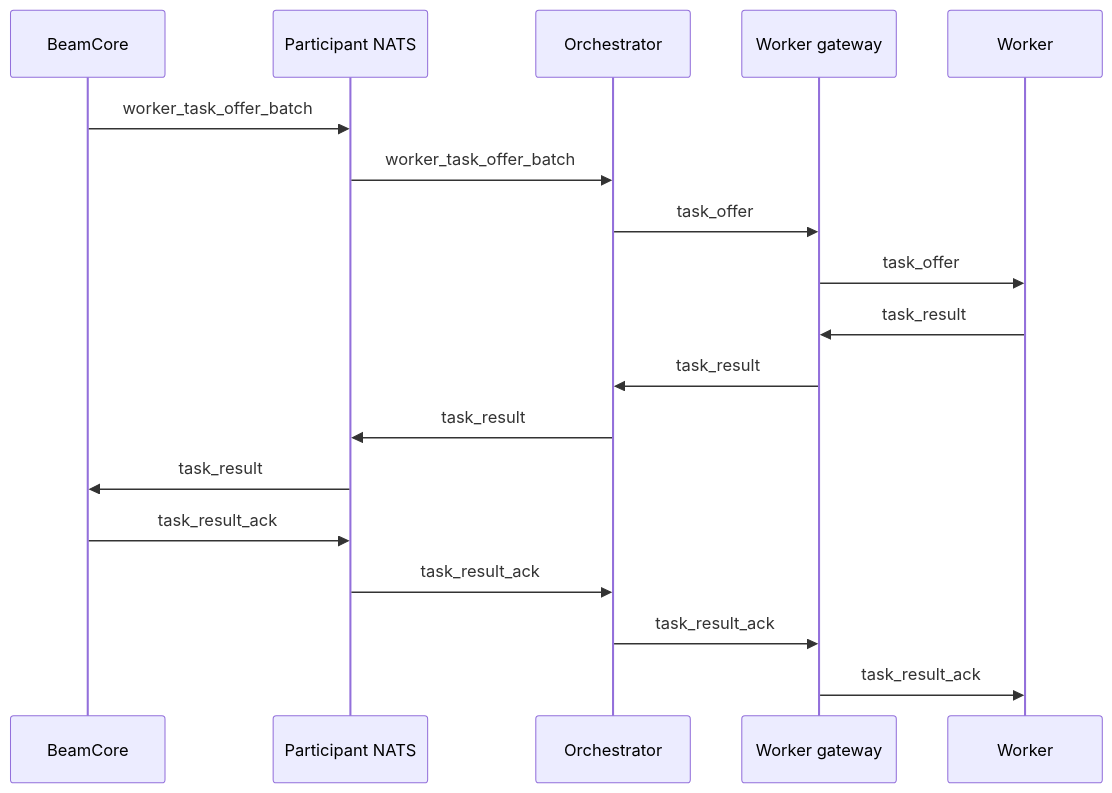
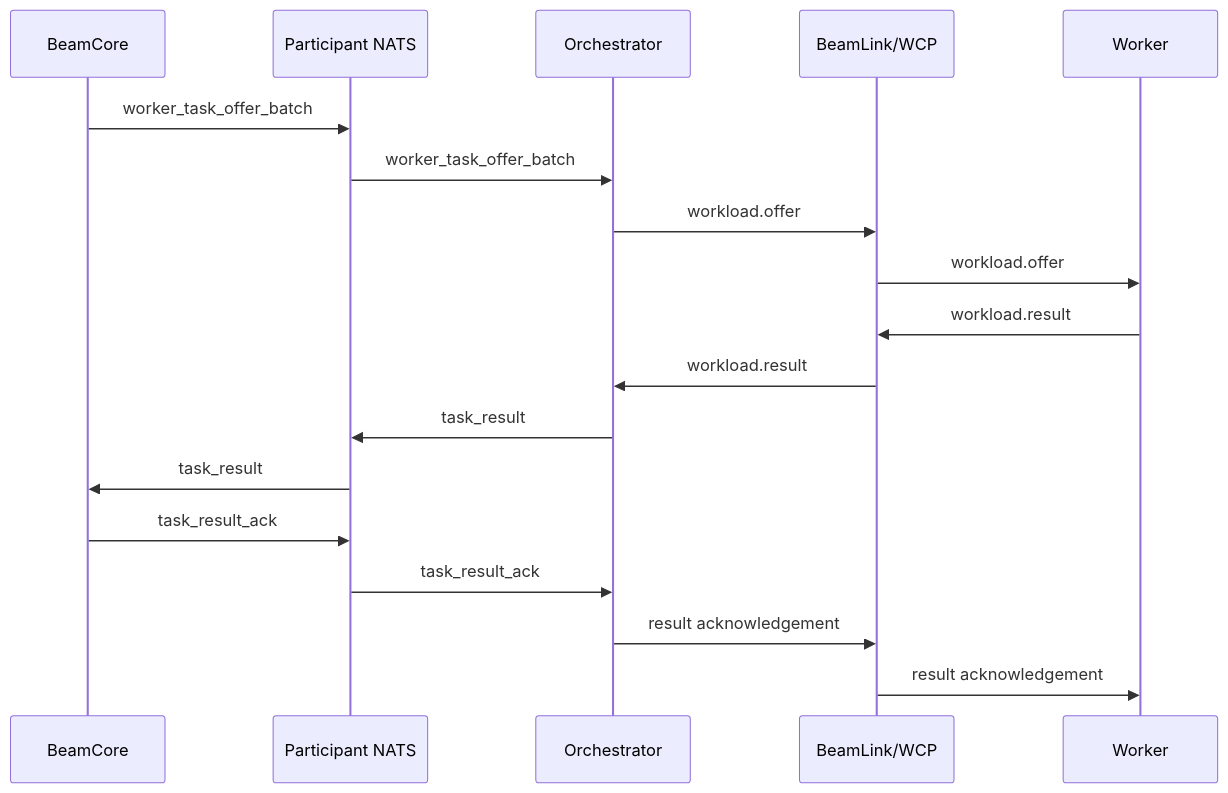
One commit to Beam-Network/beam changed the diagram in guide/ws-protocol.md. Above: the diagram before and after it, drawn with Mermaid. The commit also changed other lines of this file and 177 other files, not shown here.

````diff
--- a/guide/ws-protocol.md
+++ b/guide/ws-protocol.md
@@ -7,21 +7,21 @@
 ```mermaid
 sequenceDiagram
     participant BC as BeamCore
     participant NATS as Participant NATS
     participant O as Orchestrator
-    participant GW as Worker gateway
+    participant WCP as BeamLink/WCP
     participant W as Worker
 
     BC->>NATS: worker_task_offer_batch
     NATS->>O: worker_task_offer_batch
-    O->>GW: task_offer
-    GW->>W: task_offer
-    W->>GW: task_result
-    GW->>O: task_result
+    O->>WCP: workload.offer
+    WCP->>W: workload.offer
+    W->>WCP: workload.result
+    WCP->>O: workload.result
     O->>NATS: task_result
     NATS->>BC: task_result
     BC->>NATS: task_result_ack
     NATS->>O: task_result_ack
-    O->>GW: task_result_ack
-    GW->>W: task_result_ack
+    O->>WCP: result acknowledgement
+    WCP->>W: result acknowledgement
 ```
````
